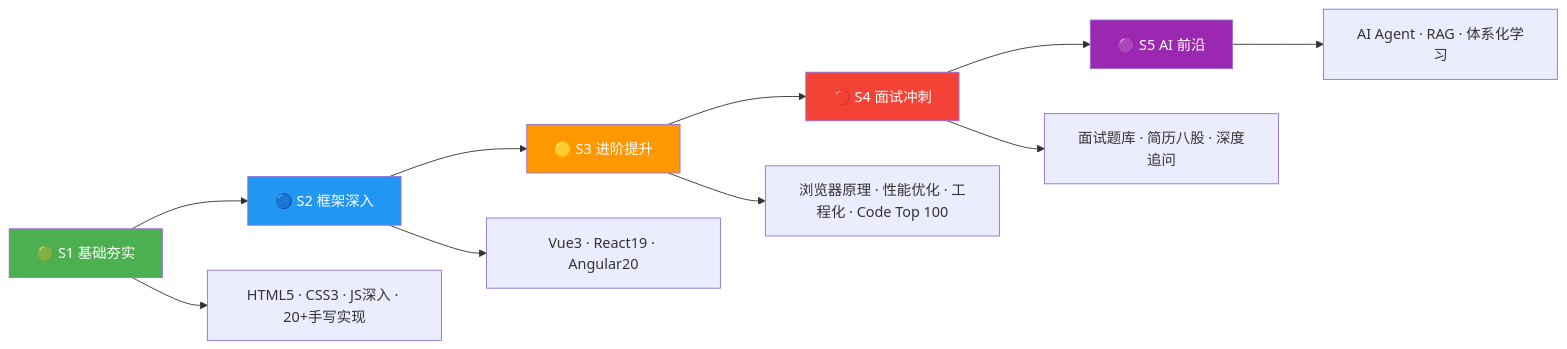
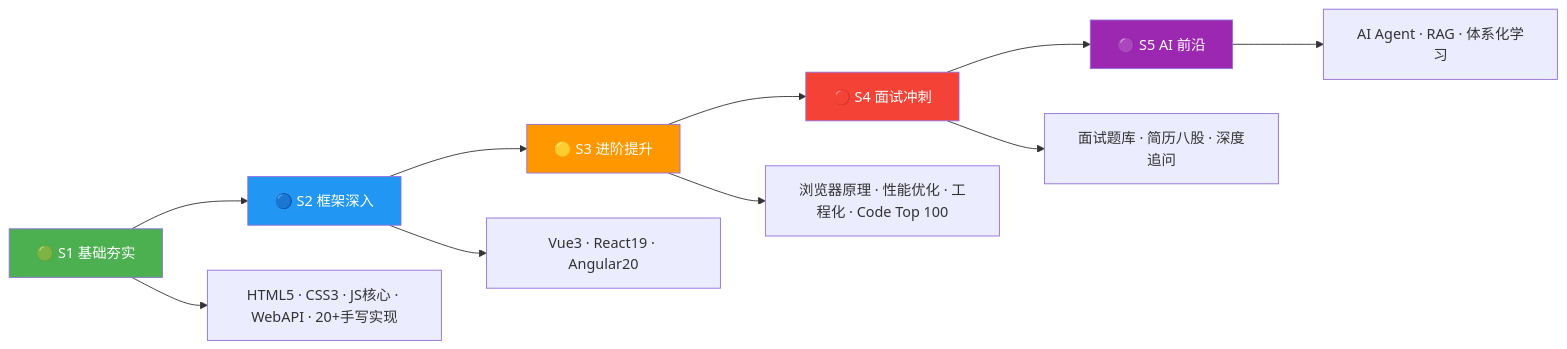
The diagram in README.md (KMaybe01/common), drawn with Mermaid before and after one commit. The commit also changed other lines of this file and 18 other files, not shown here.

````diff
--- a/README.md
+++ b/README.md
@@ -9,17 +9,17 @@
 ```mermaid
 graph LR
     S1["🟢 S1 基础夯实"] --> S2["🔵 S2 框架深入"]
     S2 --> S3["🟡 S3 进阶提升"]
     S3 --> S4["🔴 S4 面试冲刺"]
     S4 --> S5["🟣 S5 AI 前沿"]
-    S1 --> A["HTML5 · CSS3 · JS深入 · 20+手写实现"]
+    S1 --> A["HTML5 · CSS3 · JS核心 · WebAPI · 20+手写实现"]
     S2 --> B["Vue3 · React19 · Angular20"]
     S3 --> C["浏览器原理 · 性能优化 · 工程化 · Code Top 100"]
     S4 --> D["面试题库 · 简历八股 · 深度追问"]
     S5 --> E["AI Agent · RAG · 体系化学习"]
     style S1 fill:#4caf50,color:#fff
     style S2 fill:#2196f3,color:#fff
     style S3 fill:#ff9800,color:#fff
     style S4 fill:#f44336,color:#fff
     style S5 fill:#9c27b0,color:#fff
 ```
````
